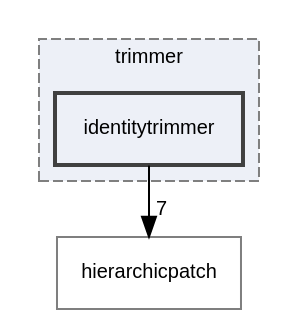
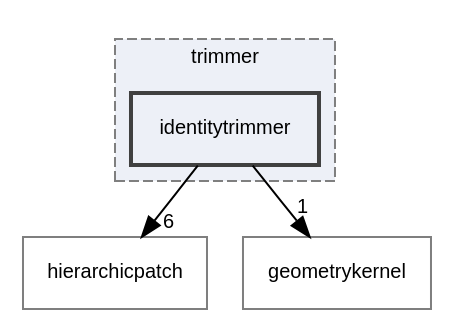
One commit to rath3t/dune-iga-doc changed the diagram in dir_aa3557bd66a6784b3b9e663253e8d0ba_dep.dot. Above: the diagram before and after it, drawn with Graphviz. The commit also changed 1468 other files, not shown here.

```diff
--- a/dir_aa3557bd66a6784b3b9e663253e8d0ba_dep.dot
+++ b/dir_aa3557bd66a6784b3b9e663253e8d0ba_dep.dot
@@ -1,13 +1,15 @@
 digraph "identitytrimmer"
 {
  // LATEX_PDF_SIZE
   edge [fontname="Helvetica",fontsize="10",labelfontname="Helvetica",labelfontsize="10"];
   node [fontname="Helvetica",fontsize="10",shape=record];
   compound=true
   subgraph clusterdir_7d0c370ab440c4b4f78419bfc8c93eb8 {
     graph [ bgcolor="#edf0f7", pencolor="grey50", style="filled,dashed,", label="trimmer", fontname="Helvetica", fontsize="10", URL="dir_7d0c370ab440c4b4f78419bfc8c93eb8.html"]
   dir_aa3557bd66a6784b3b9e663253e8d0ba [shape=box, label="identitytrimmer", style="filled,bold,", fillcolor="#edf0f7", color="grey25", URL="dir_aa3557bd66a6784b3b9e663253e8d0ba.html"];
   }
   dir_12fc9e68aad46ae2d80ba50ef1c96d76 [shape=box, label="hierarchicpatch", style="", fillcolor="#edf0f7", color="grey50", URL="dir_12fc9e68aad46ae2d80ba50ef1c96d76.html"];
-  dir_aa3557bd66a6784b3b9e663253e8d0ba->dir_12fc9e68aad46ae2d80ba50ef1c96d76 [headlabel="7", labeldistance=1.5 headhref="dir_000009_000007.html"];
+  dir_98571e7345f7327fea7723ec1a12d870 [shape=box, label="geometrykernel", style="", fillcolor="#edf0f7", color="grey50", URL="dir_98571e7345f7327fea7723ec1a12d870.html"];
+  dir_aa3557bd66a6784b3b9e663253e8d0ba->dir_12fc9e68aad46ae2d80ba50ef1c96d76 [headlabel="6", labeldistance=1.5 headhref="dir_000009_000007.html"];
+  dir_aa3557bd66a6784b3b9e663253e8d0ba->dir_98571e7345f7327fea7723ec1a12d870 [headlabel="1", labeldistance=1.5 headhref="dir_000009_000006.html"];
 }
```
